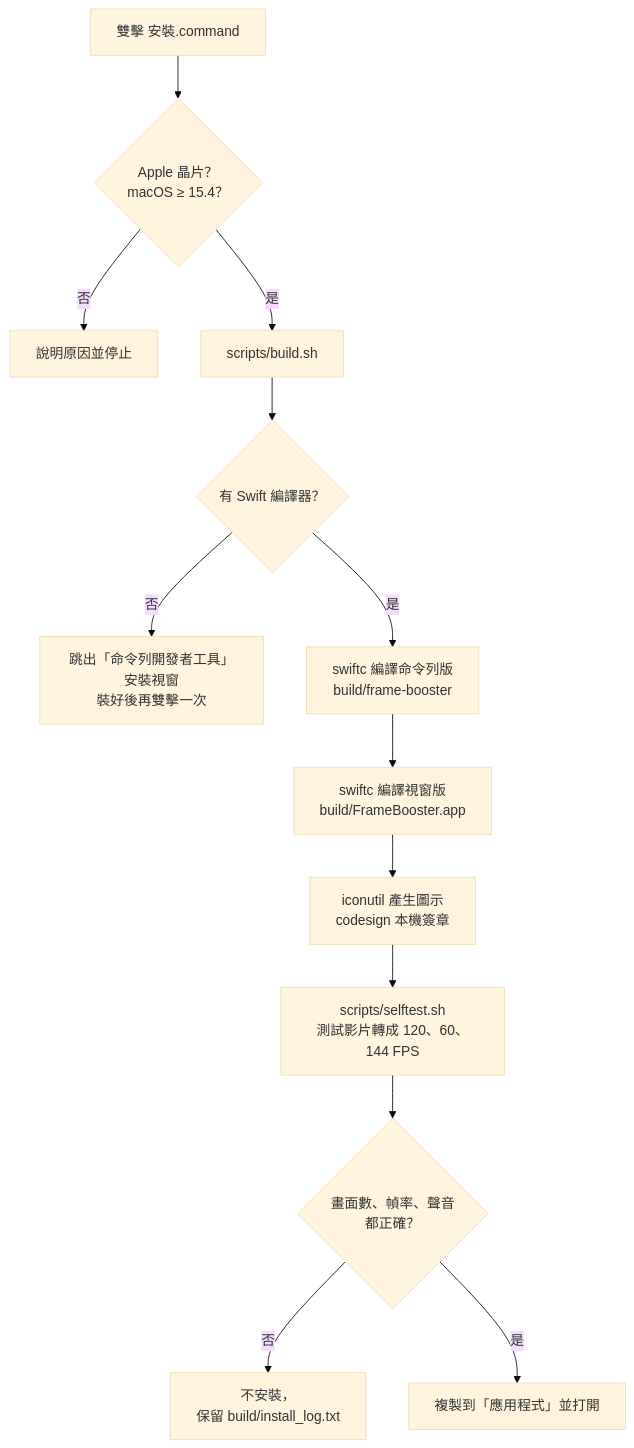
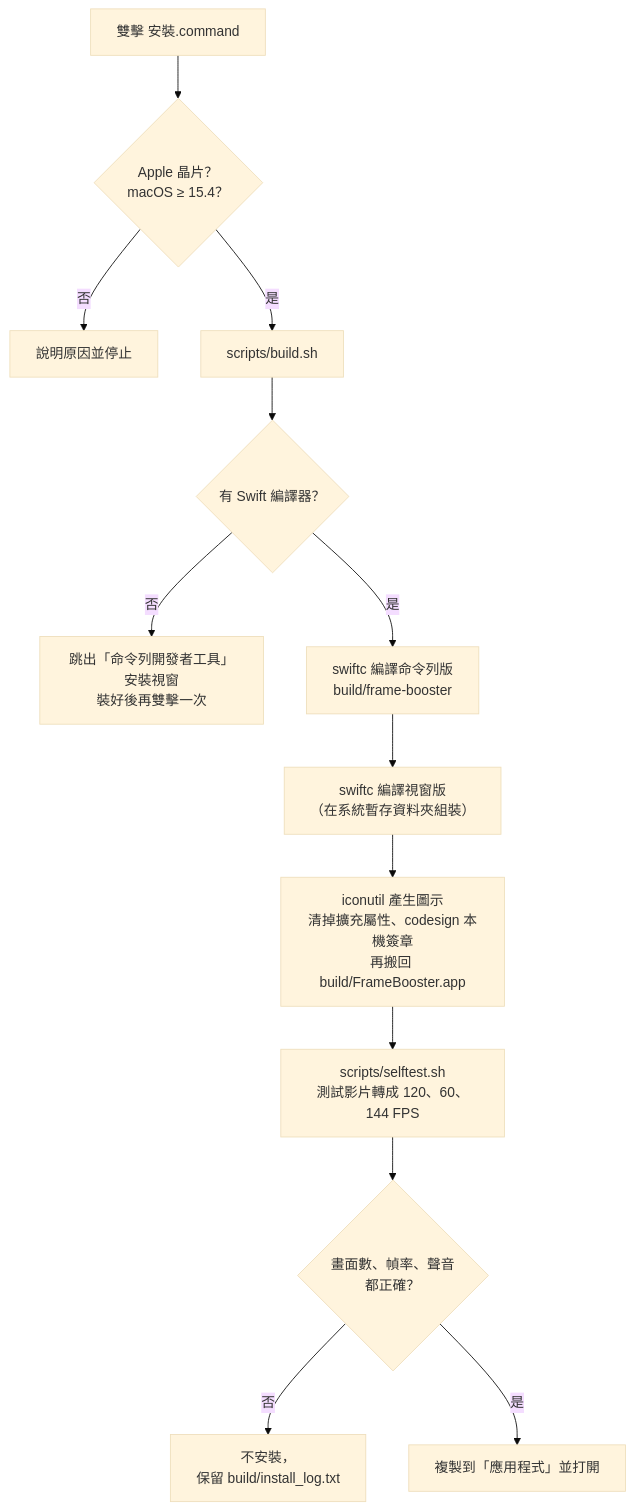
One commit to WebberningMoney/frame-booster changed the sixth of 6 diagrams in docs/ARCHITECTURE.md. Above: the diagram before and after it, drawn with Mermaid (base theme). The commit also changed other lines of this file and 3 other files, not shown here.

````diff
--- a/docs/ARCHITECTURE.md
+++ b/docs/ARCHITECTURE.md
@@ -297,15 +297,15 @@
 ```mermaid
 flowchart TD
     A["雙擊 安裝.command"] --> B{"Apple 晶片？<br/>macOS ≥ 15.4？"}
     B -- "否" --> X1["說明原因並停止"]
     B -- "是" --> C["scripts/build.sh"]
     C --> C1{"有 Swift 編譯器？"}
     C1 -- "否" --> X2["跳出「命令列開發者工具」安裝視窗<br/>裝好後再雙擊一次"]
     C1 -- "是" --> C2["swiftc 編譯命令列版<br/>build/frame-booster"]
-    C2 --> C3["swiftc 編譯視窗版<br/>build/FrameBooster.app"]
-    C3 --> C4["iconutil 產生圖示<br/>codesign 本機簽章"]
+    C2 --> C3["swiftc 編譯視窗版<br/>（在系統暫存資料夾組裝）"]
+    C3 --> C4["iconutil 產生圖示<br/>清掉擴充屬性、codesign 本機簽章<br/>再搬回 build/FrameBooster.app"]
     C4 --> D["scripts/selftest.sh<br/>測試影片轉成 120、60、144 FPS"]
     D --> D1{"畫面數、幀率、聲音<br/>都正確？"}
     D1 -- "否" --> X3["不安裝，<br/>保留 build/install_log.txt"]
     D1 -- "是" --> E["複製到「應用程式」並打開"]
 ```
````
